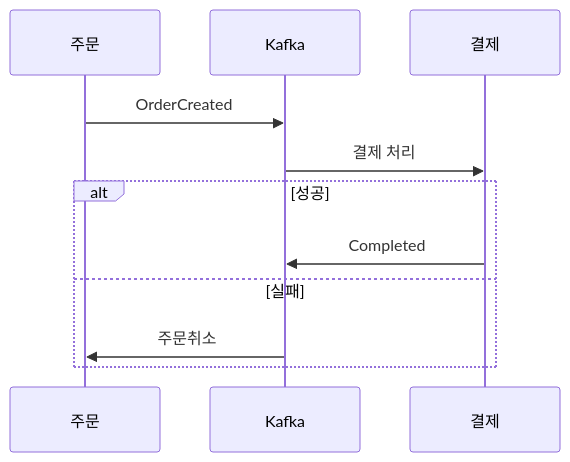
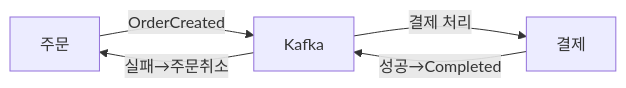
Before and after one commit to yjkim2015/yjkim2015.github.io: the sixth of 14 diagrams in _posts/architecture/2026-05-02-distributed-transaction-deep.md, drawn with Mermaid. The commit also changed other lines of this file and 32 other files, not shown here.

First line of the commit message:
sequenceDiagram 82개 → graph LR 변환 완료

````diff
--- a/_posts/architecture/2026-05-02-distributed-transaction-deep.md
+++ b/_posts/architecture/2026-05-02-distributed-transaction-deep.md
@@ -108,13 +108,7 @@
 ```mermaid
-sequenceDiagram
-    participant OS as 주문
-    participant K as Kafka
-    participant PS as 결제
-    OS->>K: OrderCreated
-    K->>PS: 결제 처리
-    alt 성공
-        PS->>K: Completed
-    else 실패
-        K->>OS: 주문취소
-    end
+graph LR
+    OS["주문"] -->|"OrderCreated"| K["Kafka"]
+    K -->|"결제 처리"| PS["결제"]
+    PS -->|"성공→Completed"| K
+    K -->|"실패→주문취소"| OS
 ```
````
